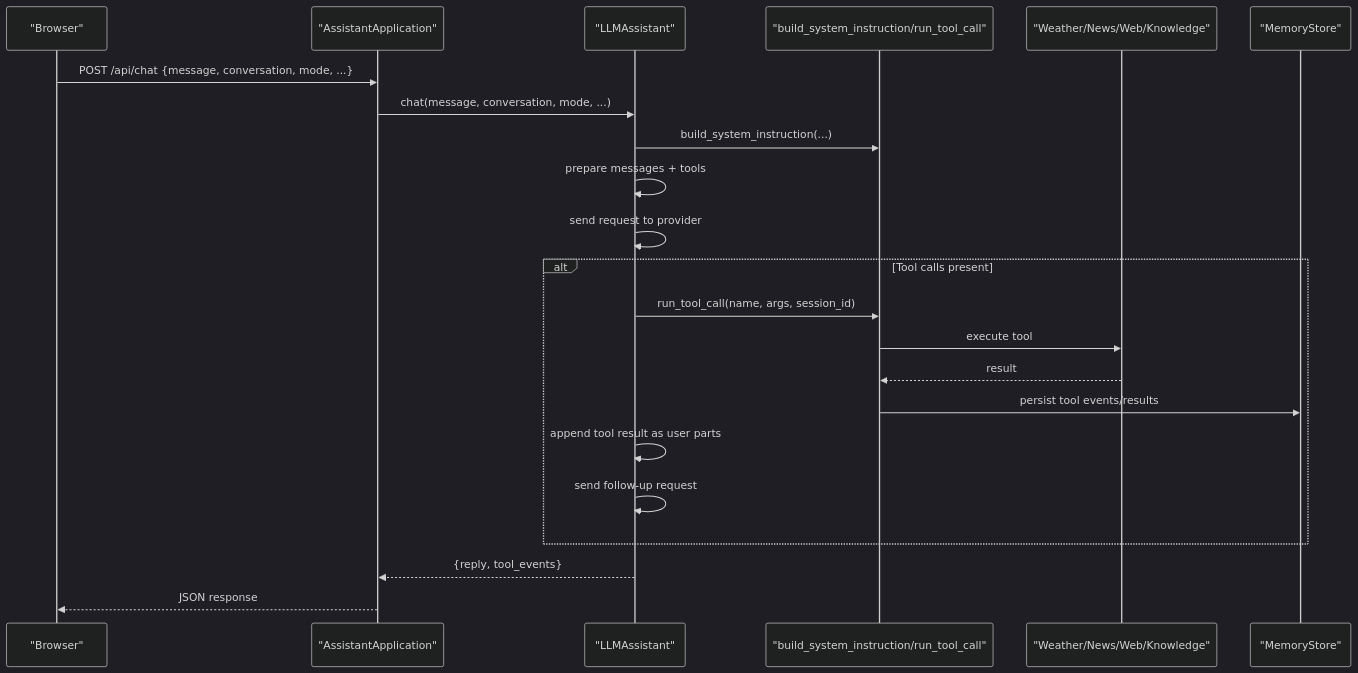
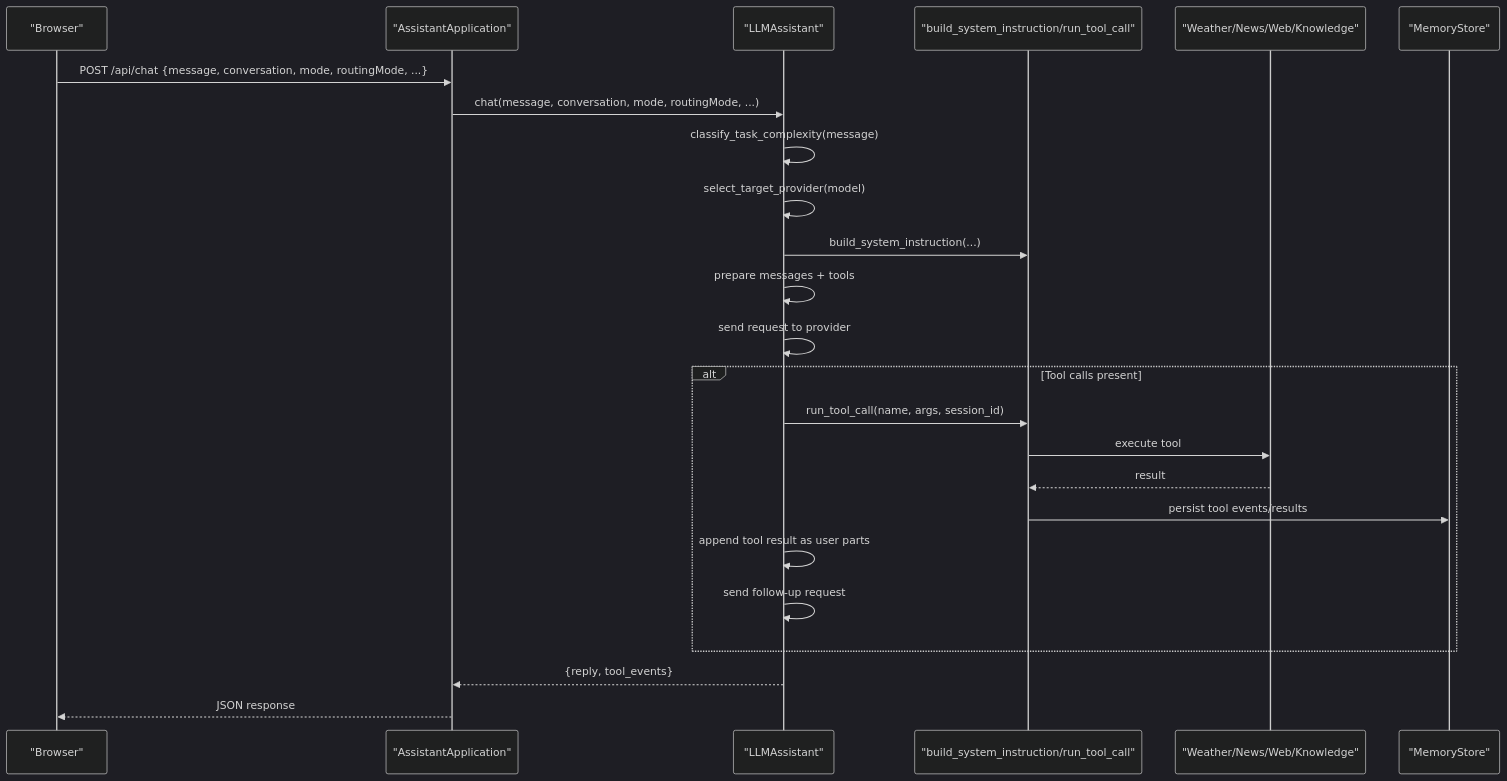
Before and after one commit to Sovetsky-Soyuz/AI-Assistant: the second of 9 diagrams in .qoder/repowiki/en/content/Backend Components/AI Assistant Engine/AI Assistant Engine.md, drawn with Mermaid (dark theme). The commit also changed other lines of this file and 10 other files, not shown here.

````diff
--- a/.qoder/repowiki/en/content/Backend Components/AI Assistant Engine/AI Assistant Engine.md
+++ b/.qoder/repowiki/en/content/Backend Components/AI Assistant Engine/AI Assistant Engine.md
@@ -116,24 +131,26 @@
 ```mermaid
 sequenceDiagram
 participant Client as "Browser"
 participant Server as "AssistantApplication"
 participant LLM as "LLMAssistant"
 participant Brain as "build_system_instruction/run_tool_call"
 participant Tools as "Weather/News/Web/Knowledge"
 participant Mem as "MemoryStore"
-Client->>Server : POST /api/chat {message, conversation, mode, ...}
-Server->>LLM : chat(message, conversation, mode, ...)
+Client->>Server : POST /api/chat {message, conversation, mode, routingMode, ...}
+Server->>LLM : chat(message, conversation, mode, routingMode, ...)
+LLM->>LLM : classify_task_complexity(message)
+LLM->>LLM : select_target_provider(model)
 LLM->>Brain : build_system_instruction(...)
 LLM->>LLM : prepare messages + tools
 LLM->>LLM : send request to provider
 alt Tool calls present
 LLM->>Brain : run_tool_call(name, args, session_id)
 Brain->>Tools : execute tool
 Tools-->>Brain : result
 Brain->>Mem : persist tool events/results
 LLM->>LLM : append tool result as user parts
 LLM->>LLM : send follow-up request
 end
 LLM-->>Server : {reply, tool_events}
 Server-->>Client : JSON response
 ```
````
